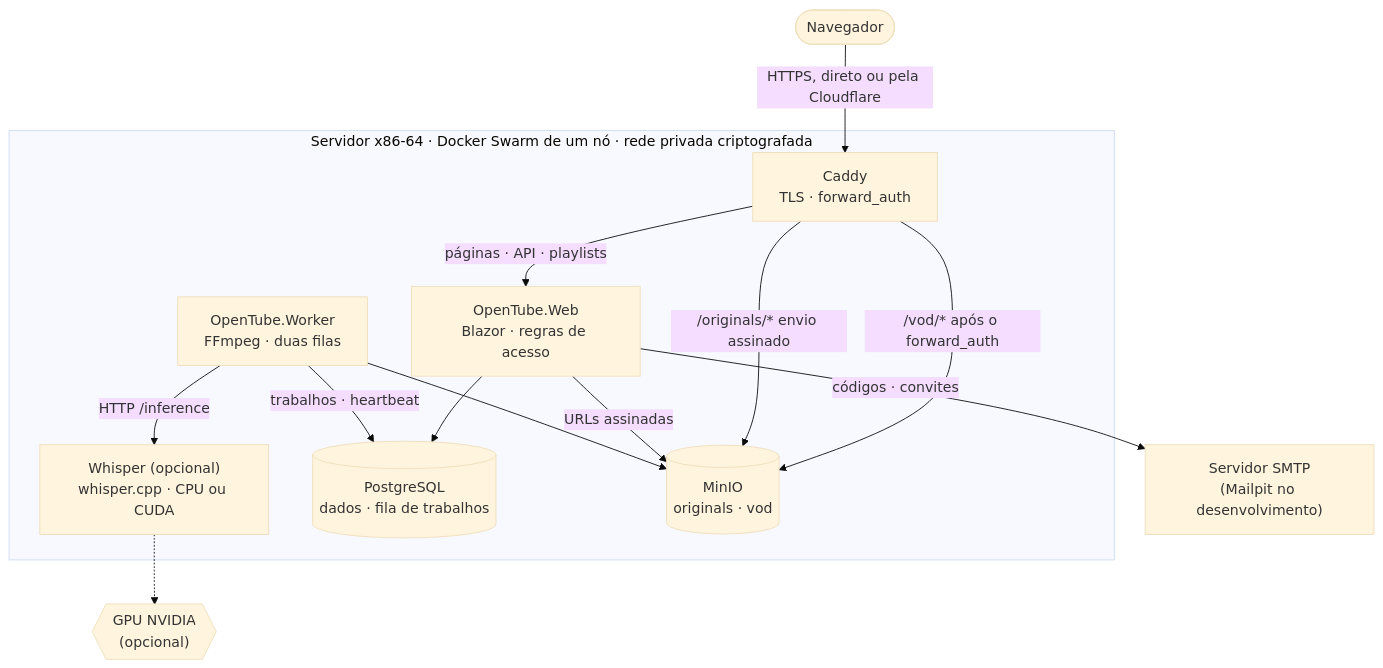
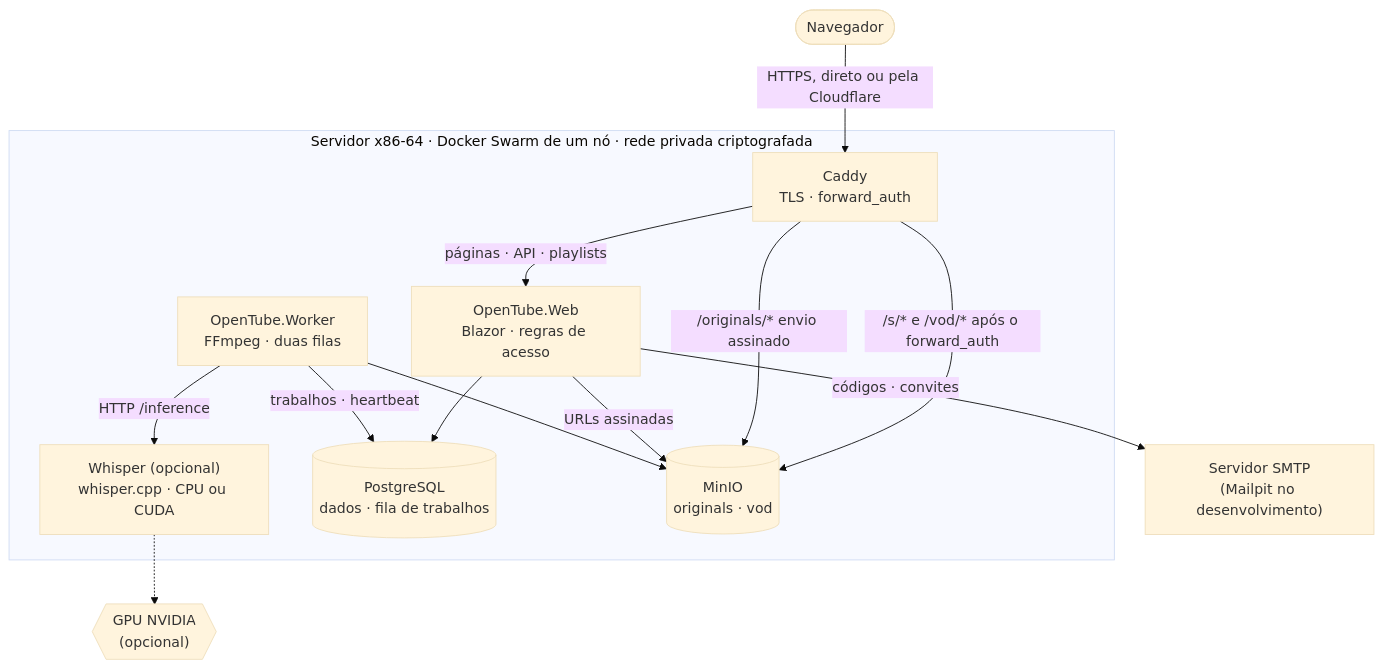
The third of 6 diagrams in README.pt.md (allanbarcelos/opentube), drawn with Mermaid (base theme) before and after one commit. The commit also changed other lines of this file and 21 other files, not shown here.

````diff
--- a/README.pt.md
+++ b/README.pt.md
@@ -606,28 +606,28 @@
 ```mermaid
 flowchart TB
     navegador(["Navegador"])
     smtp["Servidor SMTP<br/>(Mailpit no desenvolvimento)"]
 
     subgraph servidor["Servidor x86-64 · Docker Swarm de um nó · rede privada criptografada"]
         caddy["Caddy<br/>TLS · forward_auth"]
         web["OpenTube.Web<br/>Blazor · regras de acesso"]
         worker["OpenTube.Worker<br/>FFmpeg · duas filas"]
         whisper["Whisper (opcional)<br/>whisper.cpp · CPU ou CUDA"]
         postgres[("PostgreSQL<br/>dados · fila de trabalhos")]
         minio[("MinIO<br/>originals · vod")]
     end
 
     gpu{{"GPU NVIDIA<br/>(opcional)"}}
 
     navegador -->|"HTTPS, direto ou pela Cloudflare"| caddy
     caddy -->|"páginas · API · playlists"| web
-    caddy -->|"/vod/* após o forward_auth"| minio
+    caddy -->|"/s/* e /vod/* após o forward_auth"| minio
     caddy -->|"/originals/* envio assinado"| minio
     web --> postgres
     web -->|"URLs assinadas"| minio
     web -->|"códigos · convites"| smtp
     worker -->|"trabalhos · heartbeat"| postgres
     worker --> minio
     worker -->|"HTTP /inference"| whisper
     whisper -.-> gpu
 ```
````
